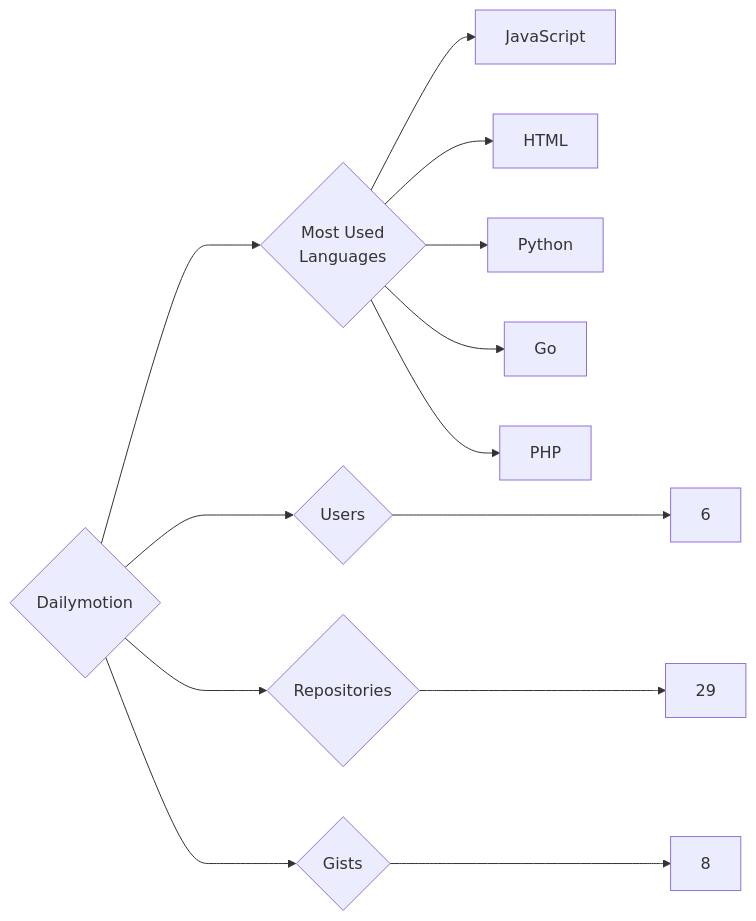
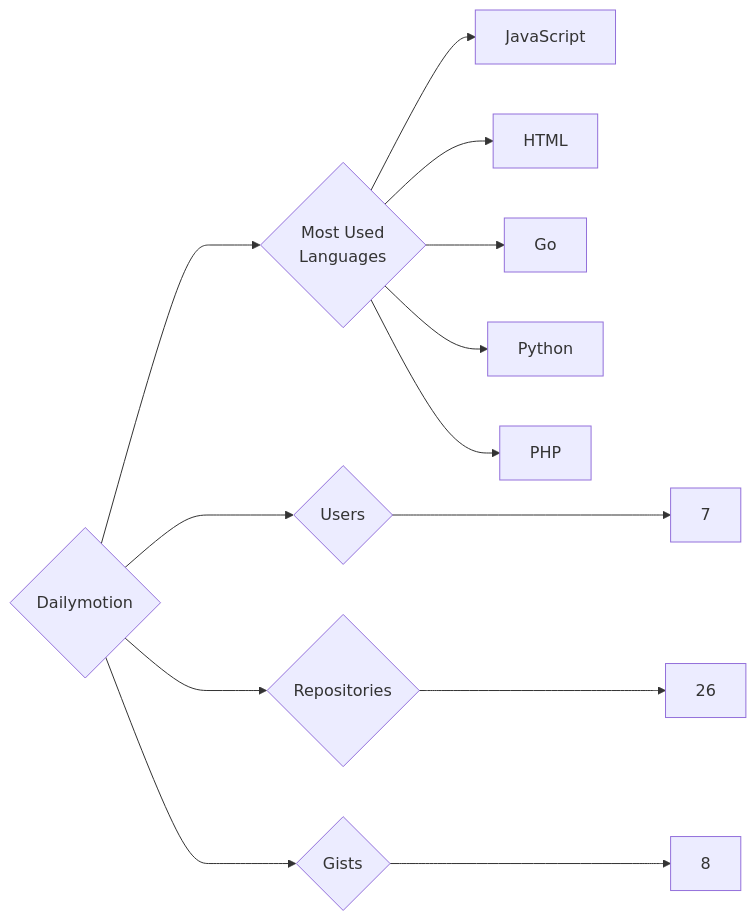
The diagram in targets/Dailymotion/README.md (trickest/insiders), drawn with Mermaid before and after one commit. The commit also changed 837 other files, not shown here.

````diff
--- a/targets/Dailymotion/README.md
+++ b/targets/Dailymotion/README.md
@@ -3,13 +3,13 @@
 ```mermaid
 graph LR
 COMPANY_NAME{Dailymotion}
-COMPANY_NAME ---> U{Users} ---> UN[6]
-COMPANY_NAME ---> R{Repositories} ---> RN[29]
+COMPANY_NAME ---> U{Users} ---> UN[7]
+COMPANY_NAME ---> R{Repositories} ---> RN[26]
 COMPANY_NAME ---> G{Gists} ---> GN[8]
 COMPANY_NAME ---> ML{Most Used<br>Languages}
 ML --> JavaScript[JavaScript]
 ML --> HTML[HTML]
+ML --> Go[Go]
 ML --> Python[Python]
-ML --> Go[Go]
 ML --> PHP[PHP]
 ```
````
